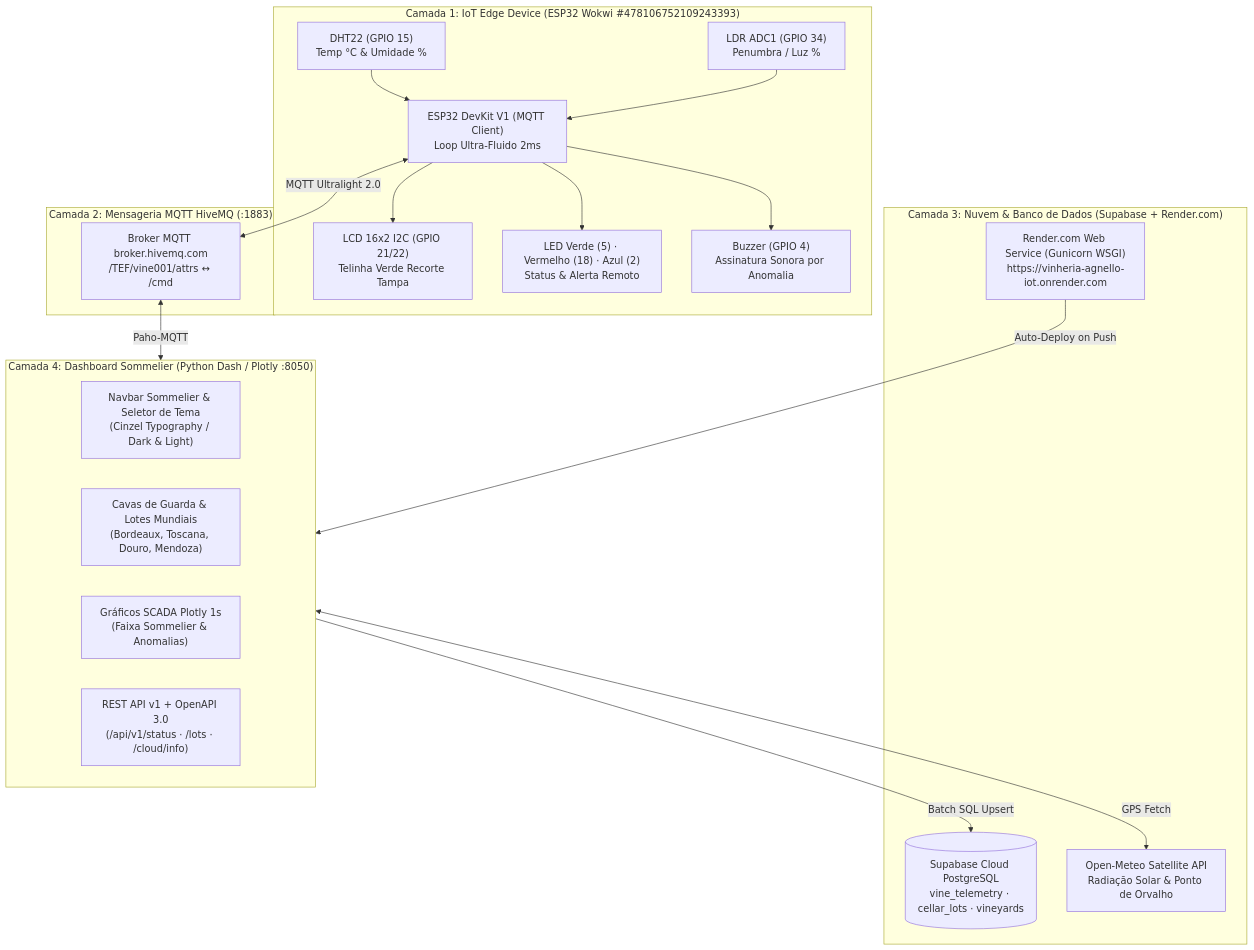
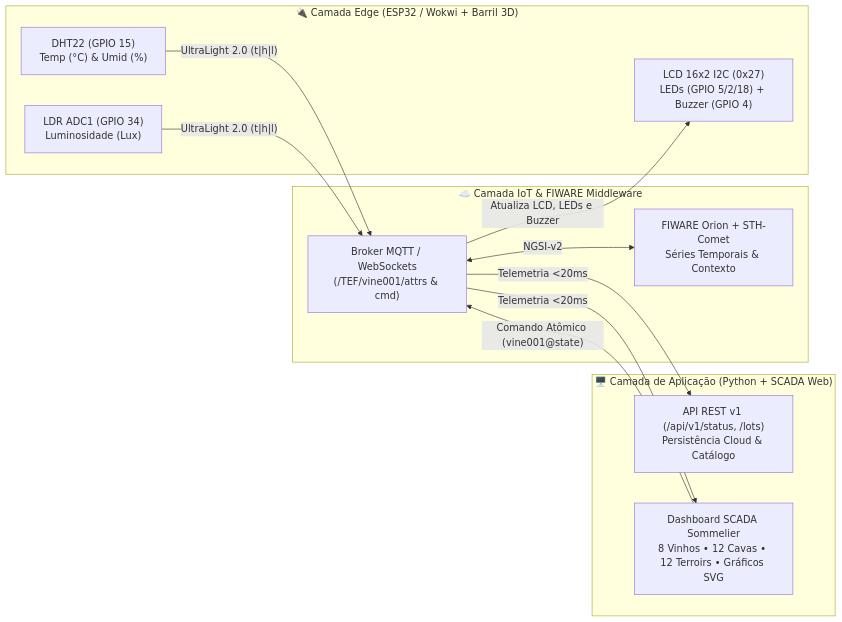
One commit to ninixzzs/vinheria-agnello-cp5-nicolly-vilela changed the diagram in README.md. Above: the diagram before and after it, drawn with Mermaid. The commit also changed other lines of this file and 7 other files, not shown here.

Commit message:
docs(fiap): aprimorar README.md academico completo com arquitetura Mermaid, equacoes e especificacao IoT da aluna Nicolly Vilela (CP5)

````diff
--- a/README.md
+++ b/README.md
@@ -28,39 +40,24 @@
 ```mermaid
-flowchart TB
-    subgraph EDGE["Camada 1: IoT Edge Device (ESP32 Wokwi #478106752109243393)"]
-        DHT["DHT22 (GPIO 15)<br/>Temp °C & Umidade %"]
-        LDR["LDR ADC1 (GPIO 34)<br/>Penumbra / Luz %"]
-        LCD["LCD 16x2 I2C (GPIO 21/22)<br/>Telinha Verde Recorte Tampa"]
-        LEDS["LED Verde (5) · Vermelho (18) · Azul (2)<br/>Status & Alerta Remoto"]
-        BUZ["Buzzer (GPIO 4)<br/>Assinatura Sonora por Anomalia"]
-        ESP["ESP32 DevKit V1 (MQTT Client)<br/>Loop Ultra-Fluido 2ms"]
-        DHT --> ESP
-        LDR --> ESP
-        ESP --> LCD
-        ESP --> LEDS
-        ESP --> BUZ
+flowchart LR
+    subgraph EDGE["🔌 Camada Edge (ESP32 / Wokwi + Barril 3D)"]
+        S1["DHT22 (GPIO 15)<br/>Temp (°C) & Umid (%)"]
+        S2["LDR ADC1 (GPIO 34)<br/>Luminosidade (Lux)"]
+        ACT["LCD 16x2 I2C (0x27)<br/>LEDs (GPIO 5/2/18) + Buzzer (GPIO 4)"]
     end
 
-    subgraph BROKER["Camada 2: Mensageria MQTT HiveMQ (:1883)"]
-        HIVE["Broker MQTT broker.hivemq.com<br/>/TEF/vine001/attrs ↔ /cmd"]
+    subgraph BROKER["☁️ Camada IoT & FIWARE Middleware"]
+        MQTT["Broker MQTT / WebSockets<br/>(/TEF/vine001/attrs & cmd)"]
+        ORION["FIWARE Orion + STH-Comet<br/>Séries Temporais & Contexto"]
     end
 
-    subgraph CLOUD["Camada 3: Nuvem & Banco de Dados (Supabase + Render.com)"]
-        SUPA[("Supabase Cloud PostgreSQL<br/>vine_telemetry · cellar_lots · vineyards")]
-        RENDER["Render.com Web Service (Gunicorn WSGI)<br/>https://vinheria-agnello-iot.onrender.com"]
-        METEO["Open-Meteo Satellite API<br/>Radiação Solar & Ponto de Orvalho"]
+    subgraph APP["🖥️ Camada de Aplicação (Python + SCADA Web)"]
+        API["API REST v1 (/api/v1/status, /lots)<br/>Persistência Cloud & Catálogo"]
+        UI["Dashboard SCADA Sommelier<br/>8 Vinhos • 12 Cavas • 12 Terroirs • Gráficos SVG"]
     end
 
-    subgraph DASHBOARD["Camada 4: Dashboard Sommelier (Python Dash / Plotly :8050)"]
-        NAV["Navbar Sommelier & Seletor de Tema<br/>(Cinzel Typography / Dark & Light)"]
-        LOTS["Cavas de Guarda & Lotes Mundiais<br/>(Bordeaux, Toscana, Douro, Mendoza)"]
-        CHARTS["Gráficos SCADA Plotly 1s<br/>(Faixa Sommelier & Anomalias)"]
-        REST["REST API v1 + OpenAPI 3.0<br/>(/api/v1/status · /lots · /cloud/info)"]
-    end
-
-    ESP <-->|MQTT Ultralight 2.0| HIVE
-    HIVE <-->|Paho-MQTT| DASHBOARD
-    DASHBOARD -->|Batch SQL Upsert| SUPA
-    DASHBOARD <-->|GPS Fetch| METEO
-    RENDER -->|Auto-Deploy on Push| DASHBOARD
+    S1 & S2 -->|"UltraLight 2.0 (t|h|l)"| MQTT
+    MQTT <-->|"NGSI-v2"| ORION
+    MQTT -->|"Telemetria <20ms"| UI & API
+    UI -->|"Comando Atômico (vine001@state)"| MQTT
+    MQTT -->|"Atualiza LCD, LEDs e Buzzer"| ACT
 ```
````
